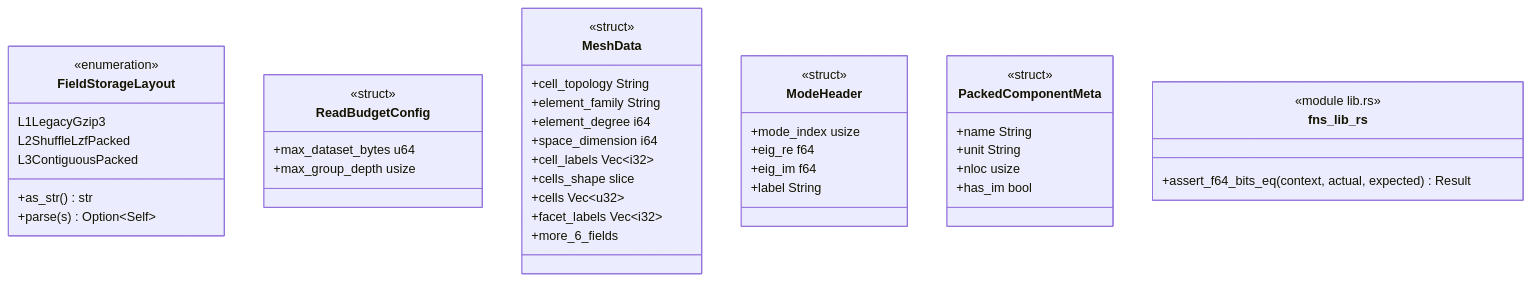
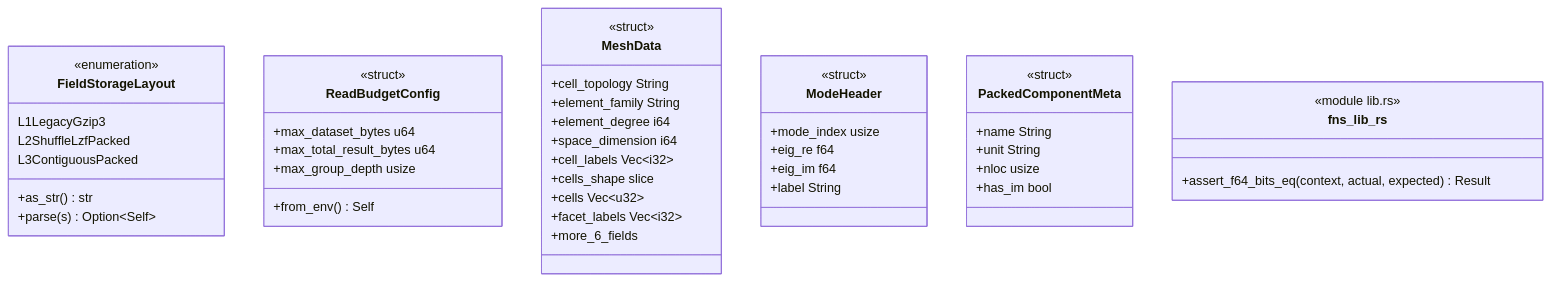
Before and after one commit to p-j-r/nyx: the diagram in docs/architecture/c4/4-code/storage/types.md, drawn with Mermaid. The commit also changed other lines of this file and 150 other files, not shown here.

````diff
--- a/docs/architecture/c4/4-code/storage/types.md
+++ b/docs/architecture/c4/4-code/storage/types.md
@@ -39,46 +39,48 @@
 ```mermaid
 classDiagram
   class FieldStorageLayout {
       <<enumeration>>
       L1LegacyGzip3
       L2ShuffleLzfPacked
       L3ContiguousPacked
       +as_str() str
       +parse(s) Option~Self~
   }
   class ReadBudgetConfig {
       <<struct>>
       +max_dataset_bytes u64
+      +max_total_result_bytes u64
       +max_group_depth usize
+      +from_env() Self
   }
   class MeshData {
       <<struct>>
       +cell_topology String
       +element_family String
       +element_degree i64
       +space_dimension i64
       +cell_labels Vec~i32~
       +cells_shape slice
       +cells Vec~u32~
       +facet_labels Vec~i32~
       +more_6_fields
   }
   class ModeHeader {
       <<struct>>
       +mode_index usize
       +eig_re f64
       +eig_im f64
       +label String
   }
   class PackedComponentMeta {
       <<struct>>
       +name String
       +unit String
       +nloc usize
       +has_im bool
   }
   class fns_lib_rs {
       <<module lib.rs>>
       +assert_f64_bits_eq(context, actual, expected) Result
   }
 ```
````
